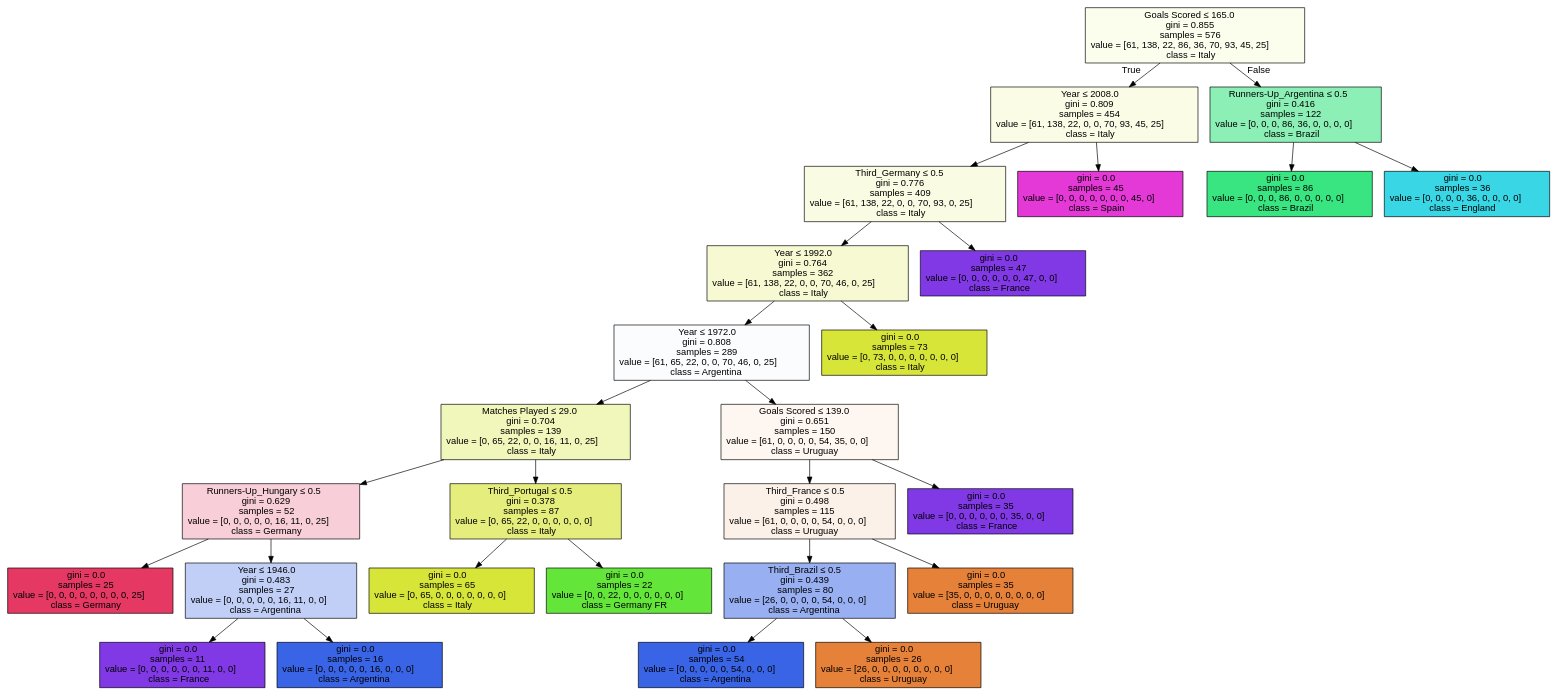
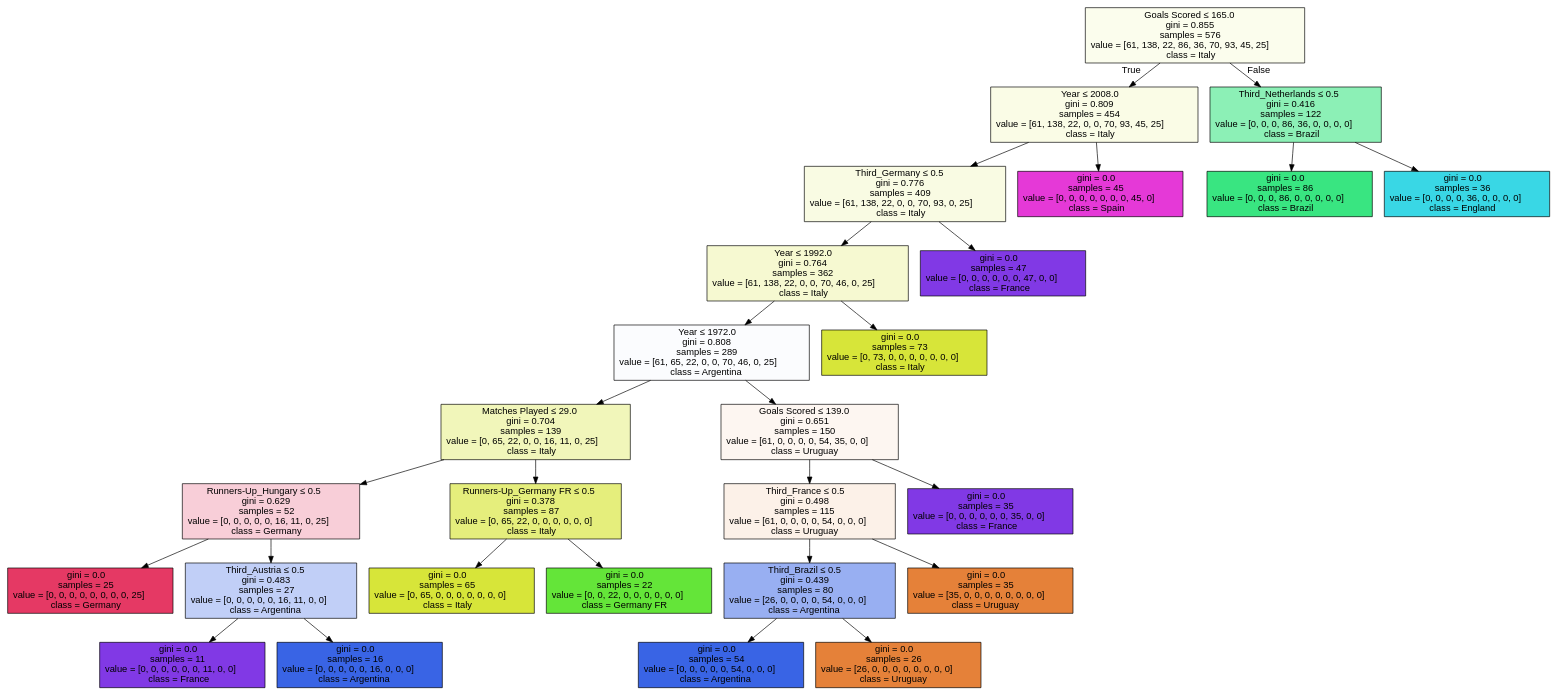
One commit to juanandresc-jarp/MachineLearningProject changed the diagram in world_cup.dot. Above: the diagram before and after it, drawn with Graphviz. The commit also changed 3 other files, not shown here.

```diff
--- a/world_cup.dot
+++ b/world_cup.dot
@@ -1,57 +1,57 @@
 digraph Tree {
 node [shape=box, style="filled", color="black", fontname="helvetica"] ;
 edge [fontname="helvetica"] ;
 0 [label=<Goals Scored &le; 165.0<br/>gini = 0.855<br/>samples = 576<br/>value = [61, 138, 22, 86, 36, 70, 93, 45, 25]<br/>class = Italy>, fillcolor="#fbfded"] ;
 1 [label=<Year &le; 2008.0<br/>gini = 0.809<br/>samples = 454<br/>value = [61, 138, 22, 0, 0, 70, 93, 45, 25]<br/>class = Italy>, fillcolor="#fafce6"] ;
 0 -> 1 [labeldistance=2.5, labelangle=45, headlabel="True"] ;
 2 [label=<Third_Germany &le; 0.5<br/>gini = 0.776<br/>samples = 409<br/>value = [61, 138, 22, 0, 0, 70, 93, 0, 25]<br/>class = Italy>, fillcolor="#f9fbe3"] ;
 1 -> 2 ;
 3 [label=<Year &le; 1992.0<br/>gini = 0.764<br/>samples = 362<br/>value = [61, 138, 22, 0, 0, 70, 46, 0, 25]<br/>class = Italy>, fillcolor="#f6f9d1"] ;
 2 -> 3 ;
 4 [label=<Year &le; 1972.0<br/>gini = 0.808<br/>samples = 289<br/>value = [61, 65, 22, 0, 0, 70, 46, 0, 25]<br/>class = Argentina>, fillcolor="#fbfcfe"] ;
 3 -> 4 ;
 5 [label=<Matches Played &le; 29.0<br/>gini = 0.704<br/>samples = 139<br/>value = [0, 65, 22, 0, 0, 16, 11, 0, 25]<br/>class = Italy>, fillcolor="#f1f6ba"] ;
 4 -> 5 ;
 6 [label=<Runners-Up_Hungary &le; 0.5<br/>gini = 0.629<br/>samples = 52<br/>value = [0, 0, 0, 0, 0, 16, 11, 0, 25]<br/>class = Germany>, fillcolor="#f8ced8"] ;
 5 -> 6 ;
 7 [label=<gini = 0.0<br/>samples = 25<br/>value = [0, 0, 0, 0, 0, 0, 0, 0, 25]<br/>class = Germany>, fillcolor="#e53964"] ;
 6 -> 7 ;
-8 [label=<Year &le; 1946.0<br/>gini = 0.483<br/>samples = 27<br/>value = [0, 0, 0, 0, 0, 16, 11, 0, 0]<br/>class = Argentina>, fillcolor="#c1cff7"] ;
+8 [label=<Third_Austria &le; 0.5<br/>gini = 0.483<br/>samples = 27<br/>value = [0, 0, 0, 0, 0, 16, 11, 0, 0]<br/>class = Argentina>, fillcolor="#c1cff7"] ;
 6 -> 8 ;
 9 [label=<gini = 0.0<br/>samples = 11<br/>value = [0, 0, 0, 0, 0, 0, 11, 0, 0]<br/>class = France>, fillcolor="#8139e5"] ;
 8 -> 9 ;
 10 [label=<gini = 0.0<br/>samples = 16<br/>value = [0, 0, 0, 0, 0, 16, 0, 0, 0]<br/>class = Argentina>, fillcolor="#3964e5"] ;
 8 -> 10 ;
-11 [label=<Third_Portugal &le; 0.5<br/>gini = 0.378<br/>samples = 87<br/>value = [0, 65, 22, 0, 0, 0, 0, 0, 0]<br/>class = Italy>, fillcolor="#e5ee7c"] ;
+11 [label=<Runners-Up_Germany FR &le; 0.5<br/>gini = 0.378<br/>samples = 87<br/>value = [0, 65, 22, 0, 0, 0, 0, 0, 0]<br/>class = Italy>, fillcolor="#e5ee7c"] ;
 5 -> 11 ;
 12 [label=<gini = 0.0<br/>samples = 65<br/>value = [0, 65, 0, 0, 0, 0, 0, 0, 0]<br/>class = Italy>, fillcolor="#d7e539"] ;
 11 -> 12 ;
 13 [label=<gini = 0.0<br/>samples = 22<br/>value = [0, 0, 22, 0, 0, 0, 0, 0, 0]<br/>class = Germany FR>, fillcolor="#64e539"] ;
 11 -> 13 ;
 14 [label=<Goals Scored &le; 139.0<br/>gini = 0.651<br/>samples = 150<br/>value = [61, 0, 0, 0, 0, 54, 35, 0, 0]<br/>class = Uruguay>, fillcolor="#fdf6f1"] ;
 4 -> 14 ;
 15 [label=<Third_France &le; 0.5<br/>gini = 0.498<br/>samples = 115<br/>value = [61, 0, 0, 0, 0, 54, 0, 0, 0]<br/>class = Uruguay>, fillcolor="#fcf1e8"] ;
 14 -> 15 ;
 16 [label=<Third_Brazil &le; 0.5<br/>gini = 0.439<br/>samples = 80<br/>value = [26, 0, 0, 0, 0, 54, 0, 0, 0]<br/>class = Argentina>, fillcolor="#98aff2"] ;
 15 -> 16 ;
 17 [label=<gini = 0.0<br/>samples = 54<br/>value = [0, 0, 0, 0, 0, 54, 0, 0, 0]<br/>class = Argentina>, fillcolor="#3964e5"] ;
 16 -> 17 ;
 18 [label=<gini = 0.0<br/>samples = 26<br/>value = [26, 0, 0, 0, 0, 0, 0, 0, 0]<br/>class = Uruguay>, fillcolor="#e58139"] ;
 16 -> 18 ;
 19 [label=<gini = 0.0<br/>samples = 35<br/>value = [35, 0, 0, 0, 0, 0, 0, 0, 0]<br/>class = Uruguay>, fillcolor="#e58139"] ;
 15 -> 19 ;
 20 [label=<gini = 0.0<br/>samples = 35<br/>value = [0, 0, 0, 0, 0, 0, 35, 0, 0]<br/>class = France>, fillcolor="#8139e5"] ;
 14 -> 20 ;
 21 [label=<gini = 0.0<br/>samples = 73<br/>value = [0, 73, 0, 0, 0, 0, 0, 0, 0]<br/>class = Italy>, fillcolor="#d7e539"] ;
 3 -> 21 ;
 22 [label=<gini = 0.0<br/>samples = 47<br/>value = [0, 0, 0, 0, 0, 0, 47, 0, 0]<br/>class = France>, fillcolor="#8139e5"] ;
 2 -> 22 ;
 23 [label=<gini = 0.0<br/>samples = 45<br/>value = [0, 0, 0, 0, 0, 0, 0, 45, 0]<br/>class = Spain>, fillcolor="#e539d7"] ;
 1 -> 23 ;
-24 [label=<Runners-Up_Argentina &le; 0.5<br/>gini = 0.416<br/>samples = 122<br/>value = [0, 0, 0, 86, 36, 0, 0, 0, 0]<br/>class = Brazil>, fillcolor="#8cf0b6"] ;
+24 [label=<Third_Netherlands &le; 0.5<br/>gini = 0.416<br/>samples = 122<br/>value = [0, 0, 0, 86, 36, 0, 0, 0, 0]<br/>class = Brazil>, fillcolor="#8cf0b6"] ;
 0 -> 24 [labeldistance=2.5, labelangle=-45, headlabel="False"] ;
 25 [label=<gini = 0.0<br/>samples = 86<br/>value = [0, 0, 0, 86, 0, 0, 0, 0, 0]<br/>class = Brazil>, fillcolor="#39e581"] ;
 24 -> 25 ;
 26 [label=<gini = 0.0<br/>samples = 36<br/>value = [0, 0, 0, 0, 36, 0, 0, 0, 0]<br/>class = England>, fillcolor="#39d7e5"] ;
 24 -> 26 ;
 }
```
